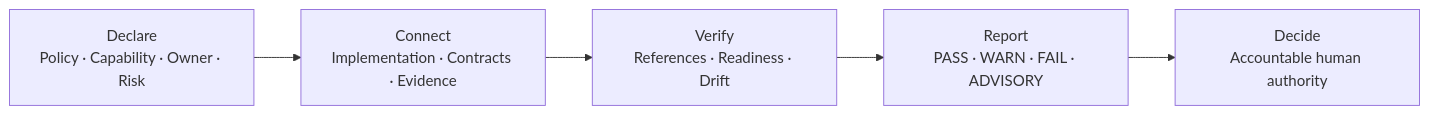
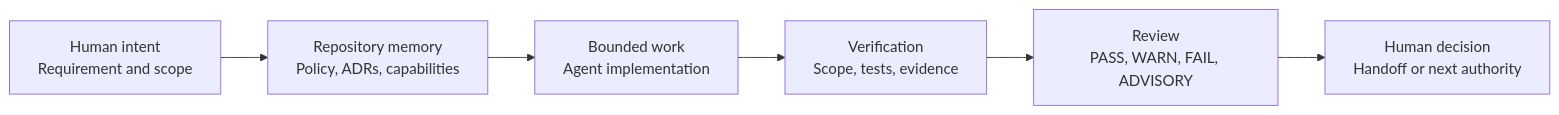
Before and after one commit to Andy-JunXiong/agent-governance-starter: the diagram in README.md, drawn with Mermaid. The commit also changed other lines of this file and 13 other files, not shown here.

````diff
--- a/README.md
+++ b/README.md
@@ -94,10 +64,11 @@
 ```mermaid
 flowchart LR
-    DECLARE["Declare<br/>Policy · Capability · Owner · Risk"]
-    CONNECT["Connect<br/>Implementation · Contracts · Evidence"]
-    VERIFY["Verify<br/>References · Readiness · Drift"]
-    FINDINGS["Report<br/>PASS · WARN · FAIL · ADVISORY"]
-    HUMAN["Decide<br/>Accountable human authority"]
+    INTENT["Human intent<br/>Requirement and scope"]
+    MEMORY["Repository memory<br/>Policy, ADRs, capabilities"]
+    WORK["Bounded work<br/>Agent implementation"]
+    VERIFY["Verification<br/>Scope, tests, evidence"]
+    REVIEW["Review<br/>PASS, WARN, FAIL, ADVISORY"]
+    DECIDE["Human decision<br/>Handoff or next authority"]
 
-    DECLARE --> CONNECT --> VERIFY --> FINDINGS --> HUMAN
+    INTENT --> MEMORY --> WORK --> VERIFY --> REVIEW --> DECIDE
 ```
````
